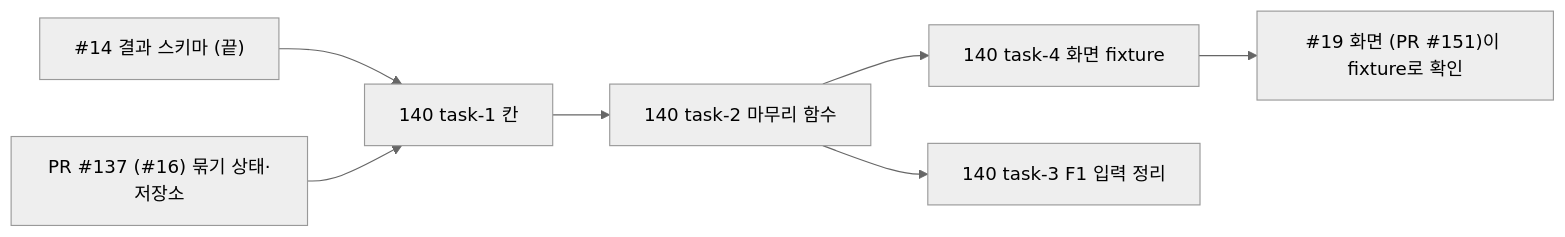
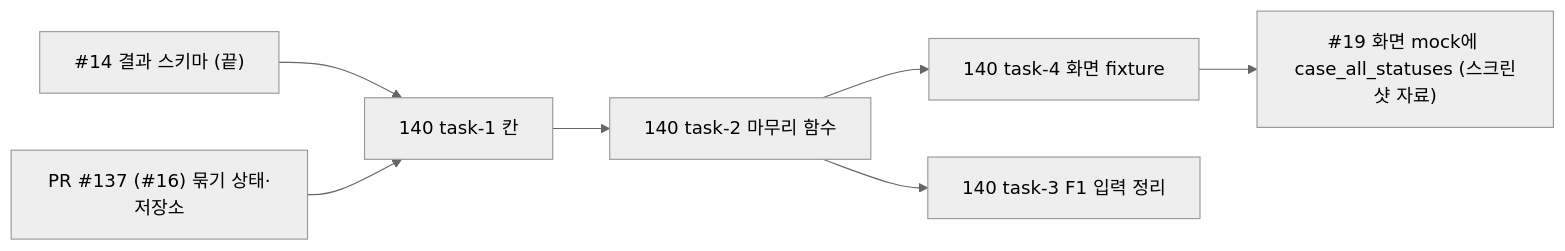
Before and after one commit to merge-mates/patent-ai-workspace: the first of 2 diagrams in docs/features/F5/tasks.md, drawn with Mermaid (neutral theme). The commit also changed other lines of this file and 2 other files, not shown here.

````diff
--- a/docs/features/F5/tasks.md
+++ b/docs/features/F5/tasks.md
@@ -15,9 +15,9 @@
 ```mermaid
 graph LR
     I14["#14 결과 스키마 (끝)"] --> N1["140 task-1 칸"]
     N1 --> N2["140 task-2 마무리 함수"]
     N2 --> N4["140 task-4 화면 fixture"]
     I16["PR #137 (#16) 묶기 상태·저장소"] --> N1
     N2 --> N3["140 task-3 F1 입력 정리"]
-    N4 --> W1["#19 화면 (PR #151)이 fixture로 확인"]
+    N4 --> W1["#19 화면 mock에 case_all_statuses (스크린샷 자료)"]
 ```
````
